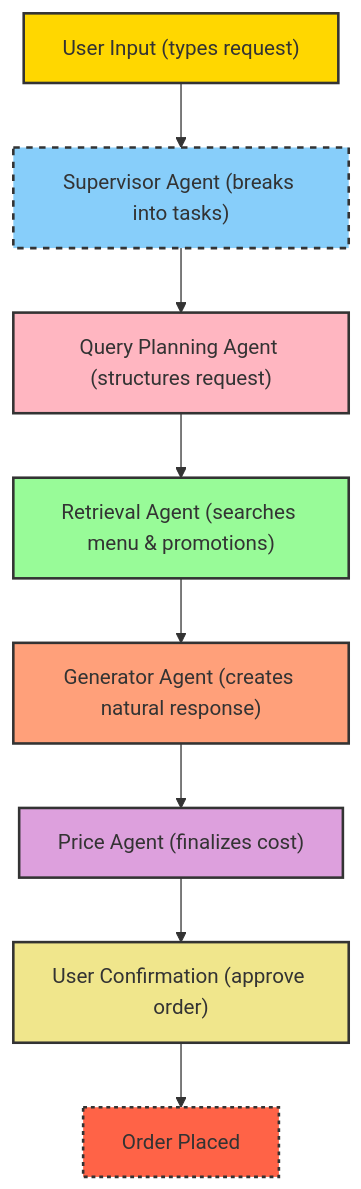
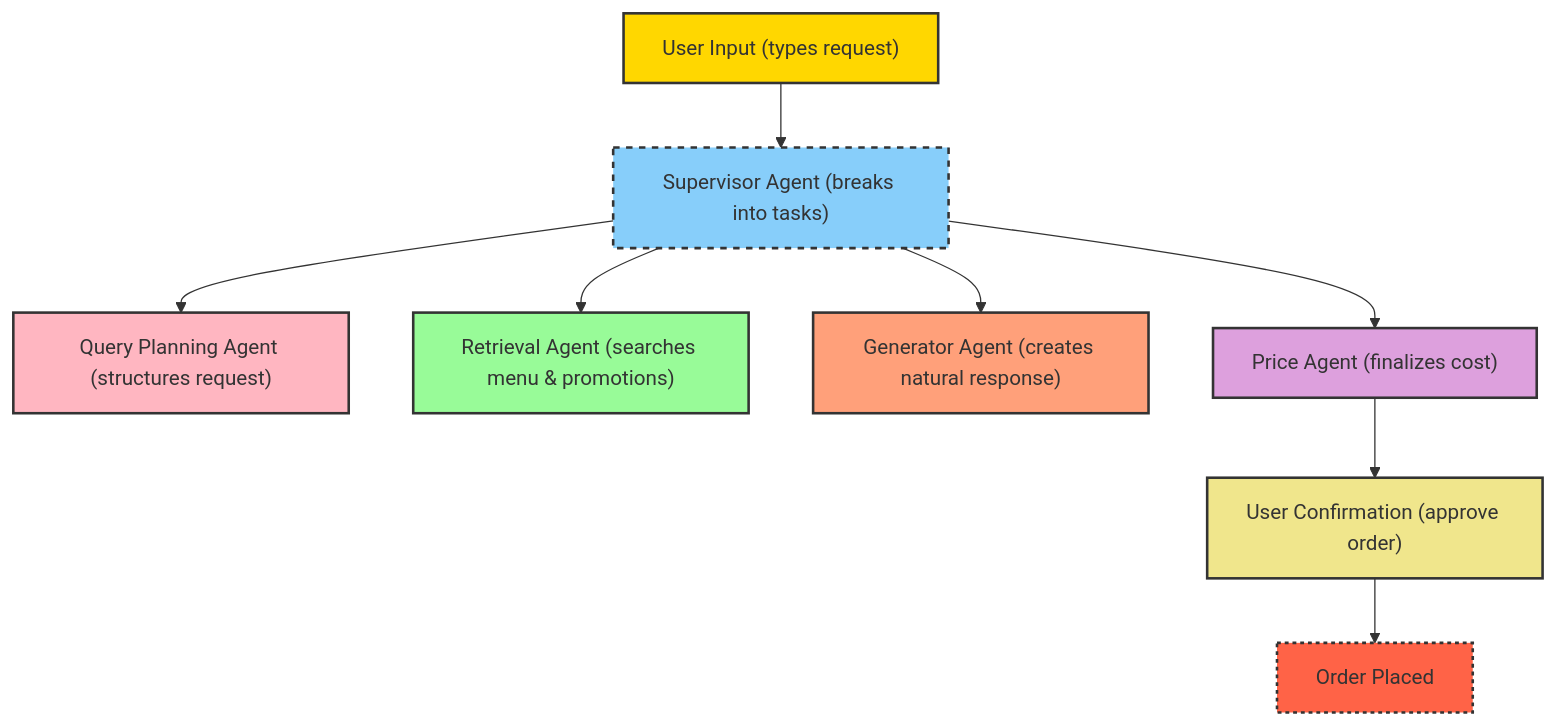
The diagram in Project_Details.md (TReV-89/food_ordering_agent_glovo), drawn with Mermaid before and after one commit.

````diff
--- a/Project_Details.md
+++ b/Project_Details.md
@@ -108,20 +108,24 @@
 ```mermaid
 flowchart TD
     style U fill:#FFD700,stroke:#333,stroke-width:2px
     style S fill:#87CEFA,stroke:#333,stroke-width:2px,stroke-dasharray: 5 5
     style Q fill:#FFB6C1,stroke:#333,stroke-width:2px
     style R fill:#98FB98,stroke:#333,stroke-width:2px
     style G fill:#FFA07A,stroke:#333,stroke-width:2px
     style P fill:#DDA0DD,stroke:#333,stroke-width:2px
     style C fill:#F0E68C,stroke:#333,stroke-width:2px
     style O fill:#FF6347,stroke:#333,stroke-width:2px,stroke-dasharray: 3 3
 
     U["User Input (types request)"] --> S["Supervisor Agent (breaks into tasks)"]
+
+    %% Supervisor connects to all
     S --> Q["Query Planning Agent (structures request)"]
-    Q --> R["Retrieval Agent (searches menu & promotions)"]
-    R --> G["Generator Agent (creates natural response)"]
-    G --> P["Price Agent (finalizes cost)"]
+    S --> R["Retrieval Agent (searches menu & promotions)"]
+    S --> G["Generator Agent (creates natural response)"]
+    S --> P["Price Agent (finalizes cost)"]
+
+    %% Continue workflow
     P --> C["User Confirmation (approve order)"]
     C --> O["Order Placed"]
 
 ```
````
